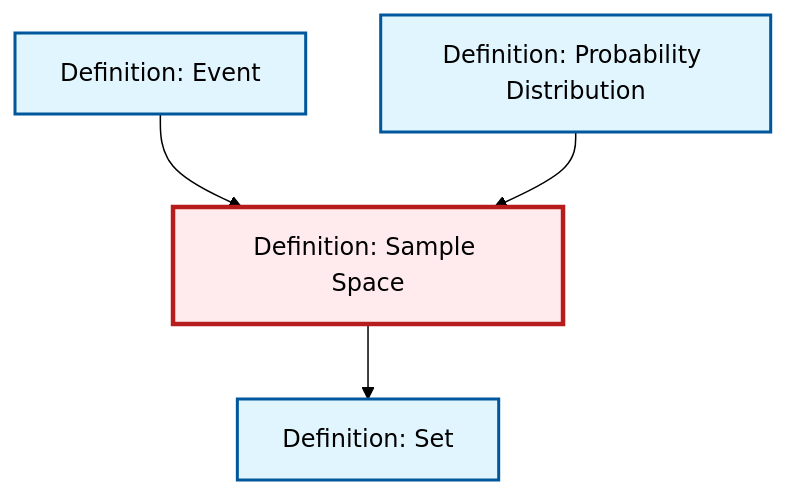
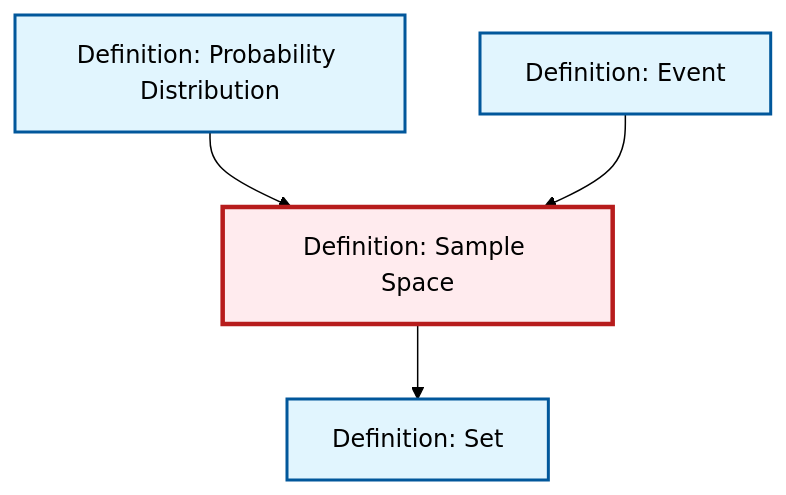
Before and after one commit to RK0429/ModernMath: the diagram in content/en/probability-statistics/def-sample-space.qmd, drawn with Mermaid (forest theme). The commit also changed other lines of this file and 1012 other files, not shown here.

````diff
--- a/content/en/probability-statistics/def-sample-space.qmd
+++ b/content/en/probability-statistics/def-sample-space.qmd
@@ -57,20 +57,20 @@
 ```{mermaid}
 %%| fig-cap: "Local dependency graph"
 graph TD
     classDef definition fill:#e1f5fe,stroke:#01579b,stroke-width:2px
     classDef theorem fill:#f3e5f5,stroke:#4a148c,stroke-width:2px
     classDef axiom fill:#fff3e0,stroke:#e65100,stroke-width:2px
     classDef example fill:#e8f5e9,stroke:#1b5e20,stroke-width:2px
     classDef current fill:#ffebee,stroke:#b71c1c,stroke-width:3px
     def-sample-space["Definition: Sample Space"]:::definition
+    def-probability-distribution["Definition: Probability Distribution"]:::definition
+    def-event["Definition: Event"]:::definition
     def-set["Definition: Set"]:::definition
-    def-event["Definition: Event"]:::definition
-    def-probability-distribution["Definition: Probability Distribution"]:::definition
+    def-sample-space --> def-set
+    def-probability-distribution --> def-sample-space
     def-event --> def-sample-space
-    def-probability-distribution --> def-sample-space
-    def-sample-space --> def-set
     class def-sample-space current
+    click def-probability-distribution "def-probability-distribution.html" "Go to Probability Distribution definition"
+    click def-event "def-event.html" "Go to Event definition"
     click def-set "def-set.html" "Go to Set definition"
-    click def-event "def-event.html" "Go to Event definition"
-    click def-probability-distribution "def-probability-distribution.html" "Go to Probability Distribution definition"
 ```
````
